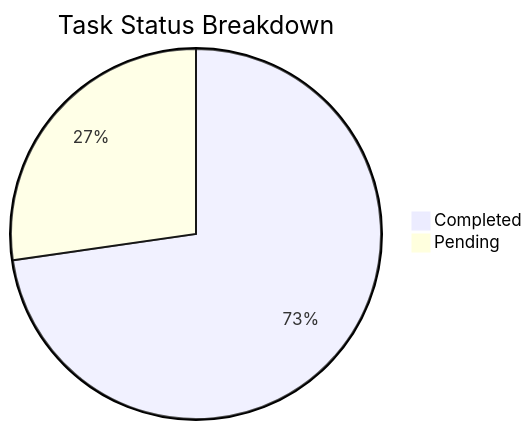
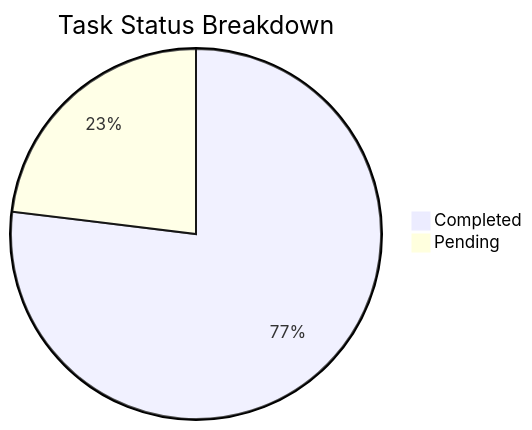
The first of 2 diagrams in KUD/Analytics.md (sagarms97/MyWorkDairy), drawn with Mermaid before and after one commit. The commit also changed other lines of this file and 6 other files, not shown here.

````diff
--- a/KUD/Analytics.md
+++ b/KUD/Analytics.md
@@ -12,5 +12,5 @@
 ```mermaid
 pie title Task Status Breakdown
-    "Completed" : 8
+    "Completed" : 10
     "Pending" : 3
 ```
````
